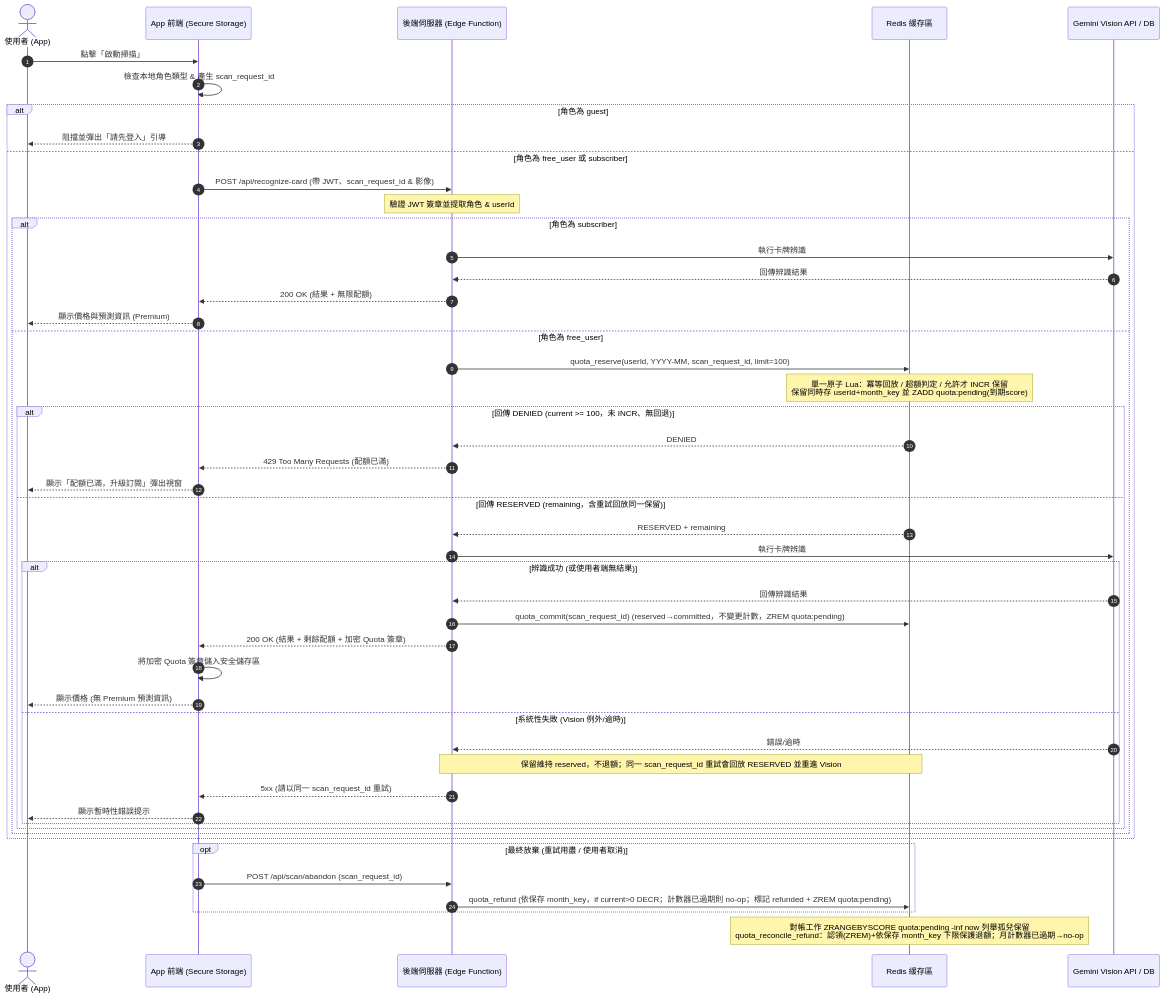
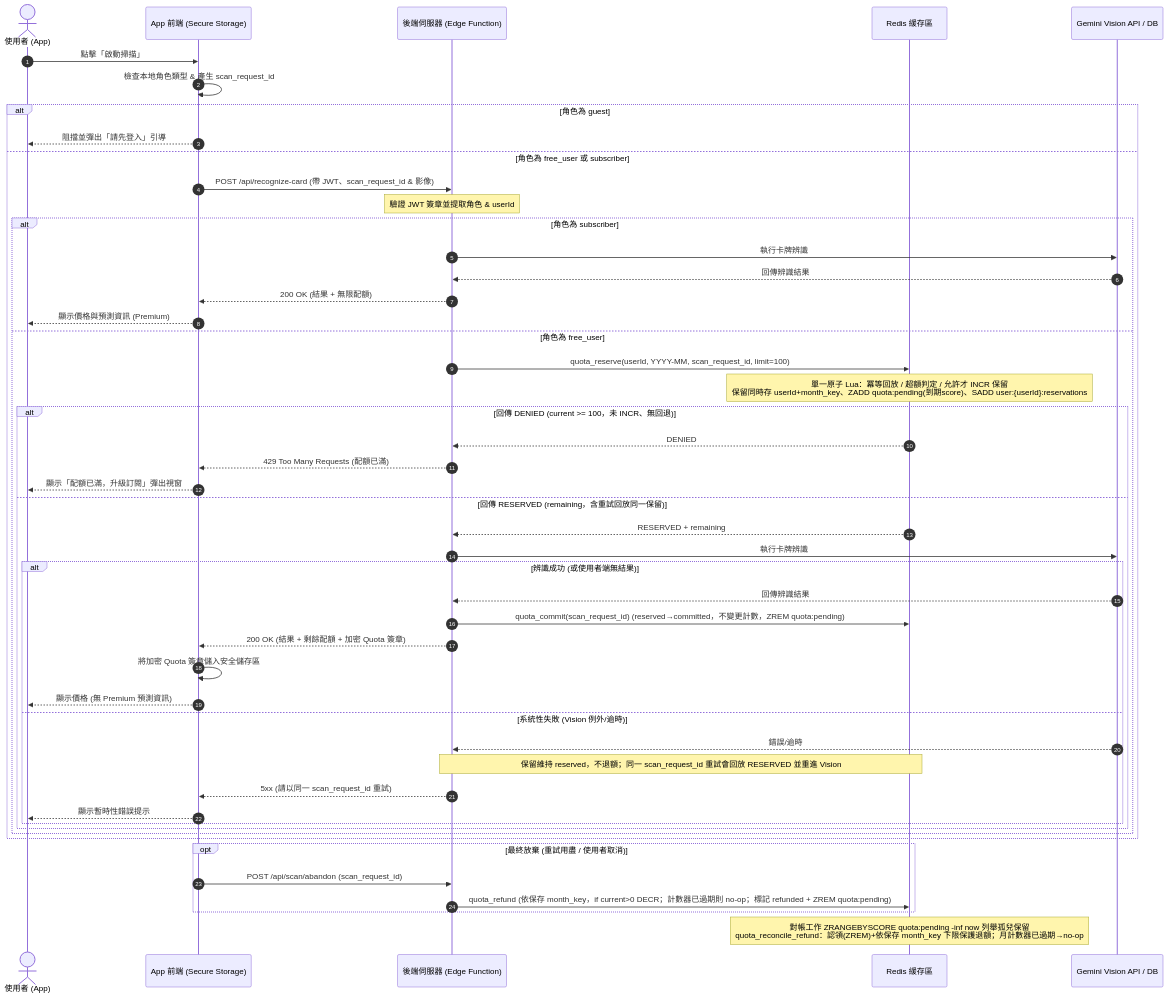
Before and after one commit to dicoge/hunterCard: the second of 2 diagrams in docs/plans/2026-07-27-guest-free-subscriber-permission-design.md, drawn with Mermaid. The commit also changed other lines of this file, not shown here.

First line of the commit message:
docs(plans): purge pending index on account deletion (DIC-940 QA, DIC-659)

````diff
--- a/docs/plans/2026-07-27-guest-free-subscriber-permission-design.md
+++ b/docs/plans/2026-07-27-guest-free-subscriber-permission-design.md
@@ -38,52 +38,52 @@
 ```mermaid
 sequenceDiagram
     autonumber
     actor User as 使用者 (App)
     participant Client as App 前端 (Secure Storage)
     participant Server as 後端伺服器 (Edge Function)
     participant Cache as Redis 緩存區
     participant Vision as Gemini Vision API / DB
 
     User->>Client: 點擊「啟動掃描」
     Client->>Client: 檢查本地角色類型 & 產生 scan_request_id
     alt 角色為 guest
         Client-->>User: 阻擋並彈出「請先登入」引導
     else 角色為 free_user 或 subscriber
         Client->>Server: POST /api/recognize-card (帶 JWT、scan_request_id & 影像)
         Note over Server: 驗證 JWT 簽章並提取角色 & userId
         alt 角色為 subscriber
             Server->>Vision: 執行卡牌辨識
             Vision-->>Server: 回傳辨識結果
             Server-->>Client: 200 OK (結果 + 無限配額)
             Client-->>User: 顯示價格與預測資訊 (Premium)
         else 角色為 free_user
             Server->>Cache: quota_reserve(userId, YYYY-MM, scan_request_id, limit=100)
-            Note over Cache: 單一原子 Lua：冪等回放 / 超額判定 / 允許才 INCR 保留<br/>保留同時存 userId+month_key 並 ZADD quota:pending(到期score)
+            Note over Cache: 單一原子 Lua：冪等回放 / 超額判定 / 允許才 INCR 保留<br/>保留同時存 userId+month_key、ZADD quota:pending(到期score)、SADD user:{userId}:reservations
             alt 回傳 DENIED (current >= 100，未 INCR、無回退)
                 Cache-->>Server: DENIED
                 Server-->>Client: 429 Too Many Requests (配額已滿)
                 Client-->>User: 顯示「配額已滿，升級訂閱」彈出視窗
             else 回傳 RESERVED (remaining，含重試回放同一保留)
                 Cache-->>Server: RESERVED + remaining
                 Server->>Vision: 執行卡牌辨識
                 alt 辨識成功 (或使用者端無結果)
                     Vision-->>Server: 回傳辨識結果
                     Server->>Cache: quota_commit(scan_request_id) (reserved→committed，不變更計數，ZREM quota:pending)
                     Server-->>Client: 200 OK (結果 + 剩餘配額 + 加密 Quota 簽章)
                     Client->>Client: 將加密 Quota 簽章儲入安全儲存區
                     Client-->>User: 顯示價格 (無 Premium 預測資訊)
                 else 系統性失敗 (Vision 例外/逾時)
                     Vision-->>Server: 錯誤/逾時
                     Note over Server,Cache: 保留維持 reserved，不退額；同一 scan_request_id 重試會回放 RESERVED 並重進 Vision
                     Server-->>Client: 5xx (請以同一 scan_request_id 重試)
                     Client-->>User: 顯示暫時性錯誤提示
                 end
             end
         end
     end
     opt 最終放棄 (重試用盡 / 使用者取消)
         Client->>Server: POST /api/scan/abandon (scan_request_id)
         Server->>Cache: quota_refund (依保存 month_key，if current>0 DECR；計數器已過期則 no-op；標記 refunded + ZREM quota:pending)
     end
     Note over Cache: 對帳工作 ZRANGEBYSCORE quota:pending -inf now 列舉孤兒保留<br/>quota_reconcile_refund：認領(ZREM)+依保存 month_key 下限保護退額；月計數器已過期→no-op
 ```
````
